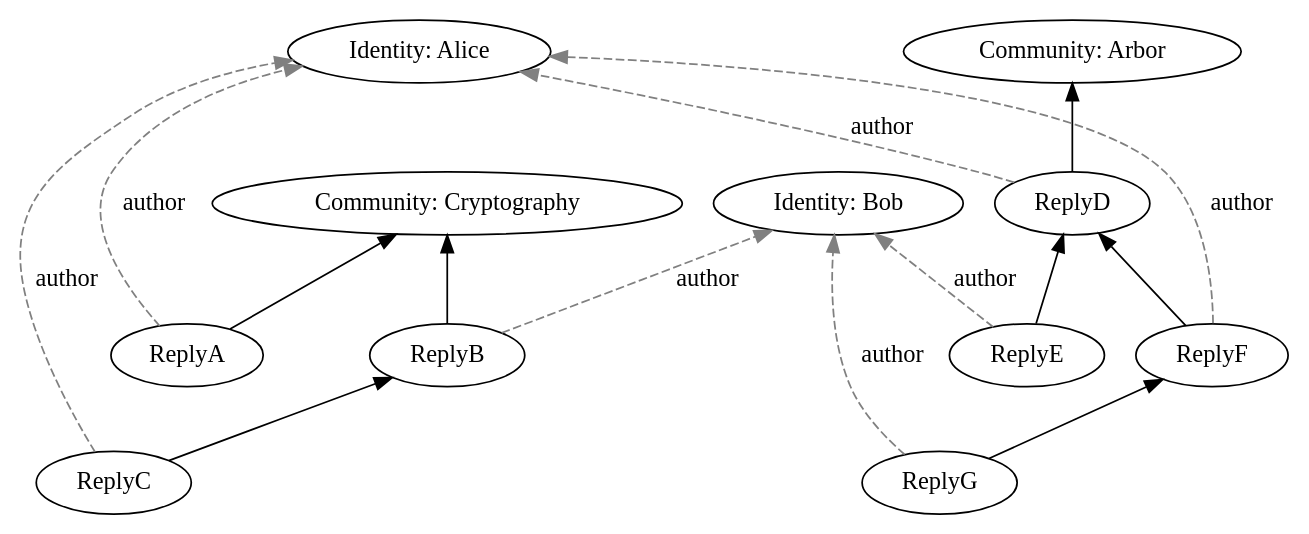
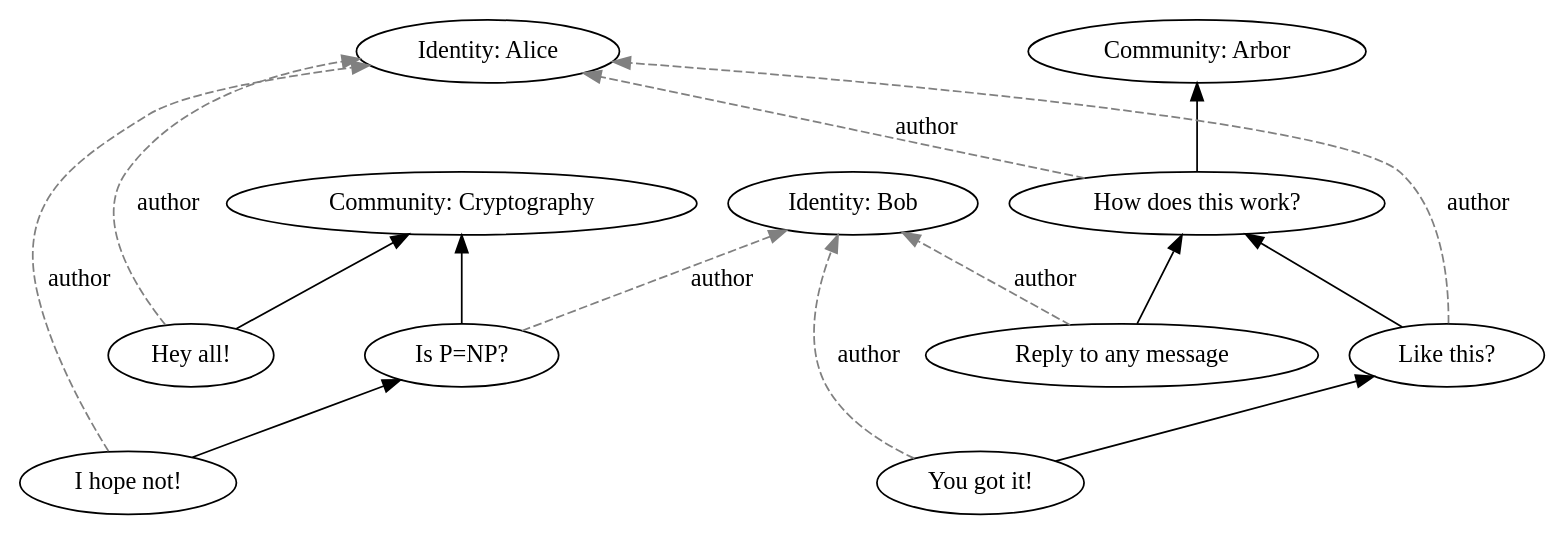
Before and after one commit to arborchat/arborchat: the diagram in graphviz-raw/example-forest.dot, drawn with Graphviz. The commit also changed 3 other files, not shown here.

```diff
--- a/graphviz-raw/example-forest.dot
+++ b/graphviz-raw/example-forest.dot
@@ -1,32 +1,32 @@
 digraph forest {
     rankdir=BT
     IdentityA [rank=0,label="Identity: Alice"]
     IdentityB [rank=0,label="Identity: Bob"]
     CommunityA [rank=0,label="Community: Cryptography"]
     CommunityB [rank=0,label="Community: Arbor"]
 
-    ReplyA [rank=1]
-    ReplyB [rank=1]
-    ReplyC [rank=2]
+    ReplyA [rank=1,label="Hey all!"]
+    ReplyB [rank=1,label="Is P=NP?"]
+    ReplyC [rank=2,label="I hope not!"]
 
-    ReplyD [rank=1]
-    ReplyE [rank=2]
-    ReplyF [rank=2]
-    ReplyG [rank=3]
+    ReplyD [rank=1,label="How does this work?"]
+    ReplyE [rank=2,label="Reply to any message"]
+    ReplyF [rank=2,label="Like this?"]
+    ReplyG [rank=3,label="You got it!"]
     
     ReplyA -> CommunityA
     ReplyA -> IdentityA [label="author",color="gray",style="dashed"]
     ReplyB -> CommunityA
     ReplyB -> IdentityB [label="author",color="gray",style="dashed"]
     ReplyC -> ReplyB
     ReplyC -> IdentityA [label="author",color="gray",style="dashed"]
     
     ReplyD -> CommunityB
     ReplyD -> IdentityA [label="author",color="gray",style="dashed"]
     ReplyE -> ReplyD
     ReplyE -> IdentityB [label="author",color="gray",style="dashed"]
     ReplyF -> ReplyD
     ReplyF -> IdentityA [label="author",color="gray",style="dashed"]
     ReplyG -> ReplyF
     ReplyG -> IdentityB [label="author",color="gray",style="dashed"]
 }
```
